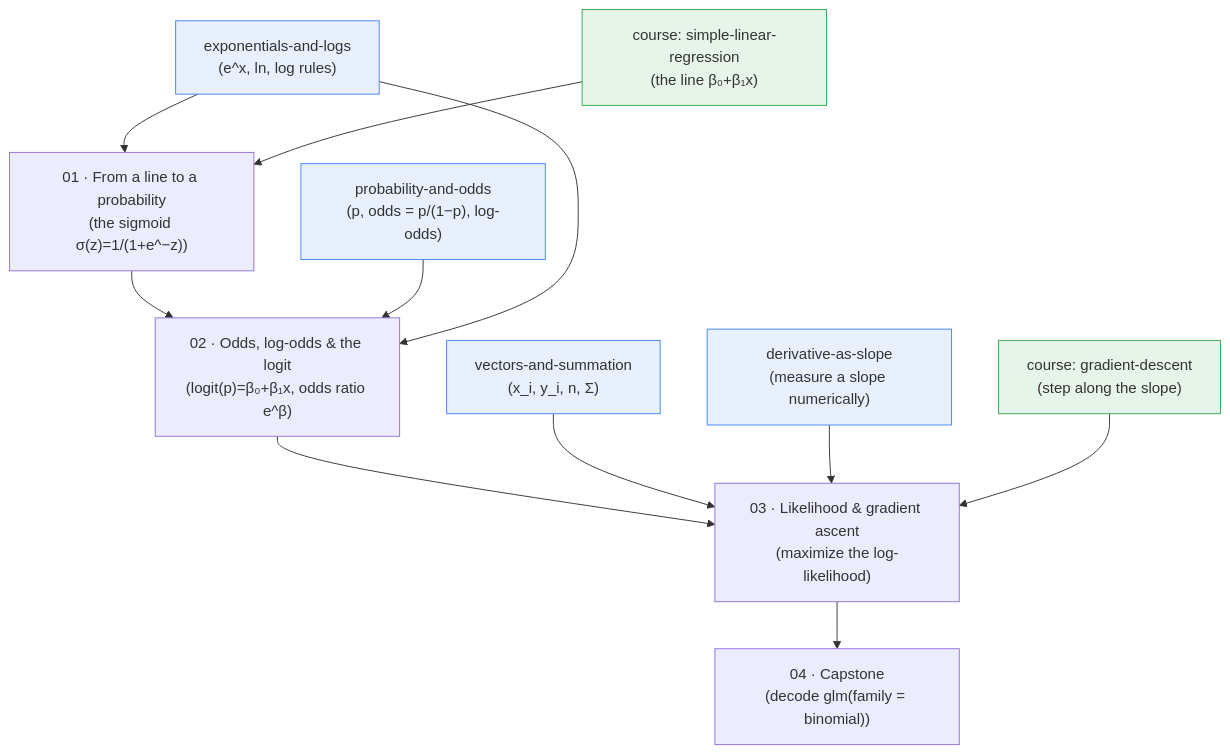
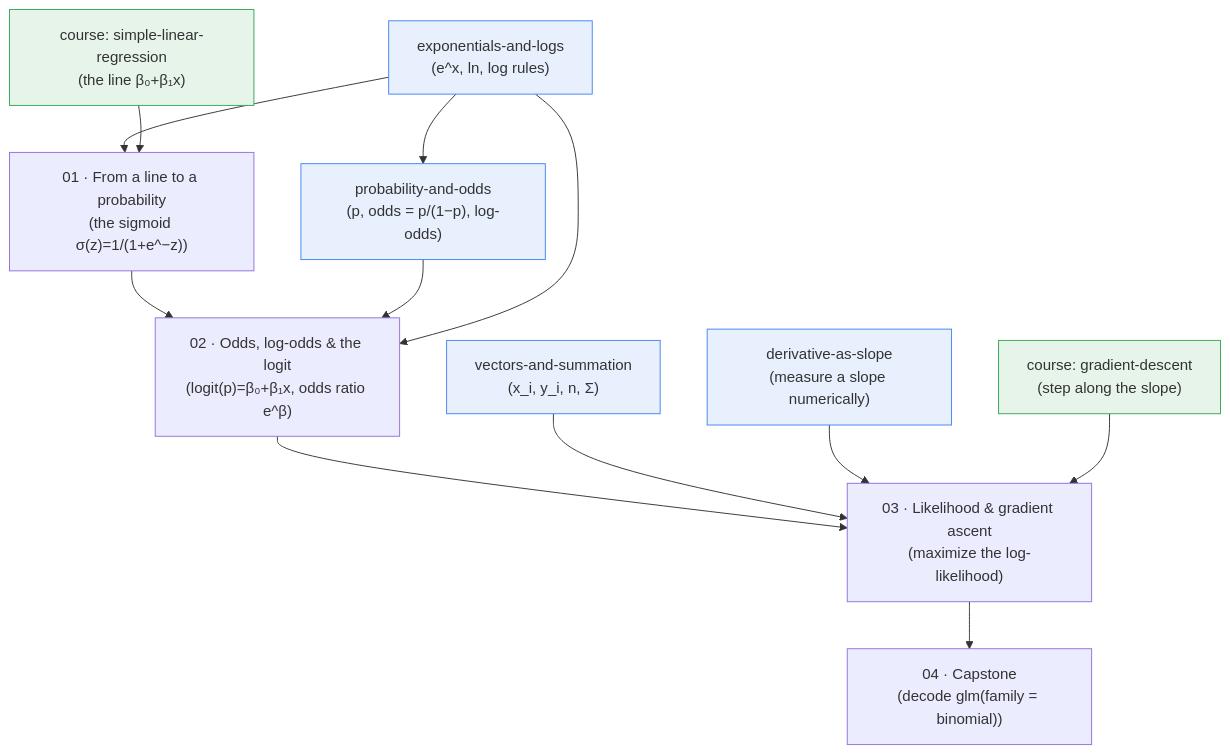
One commit to radlinsky/professor-claude changed the diagram in courses/logistic-regression/00-roadmap.qmd. Above: the diagram before and after it, drawn with Mermaid. The commit also changed other lines of this file and 83 other files, not shown here.

````diff
--- a/courses/logistic-regression/00-roadmap.qmd
+++ b/courses/logistic-regression/00-roadmap.qmd
@@ -16,29 +20,30 @@
 ```{mermaid}
 flowchart TD
     classDef foundation fill:#e8f0fe,stroke:#4285f4
     classDef priorcourse fill:#e6f4ea,stroke:#34a853
 
     F1["exponentials-and-logs<br/>(e^x, ln, log rules)"]:::foundation
     F2["probability-and-odds<br/>(p, odds = p/(1−p), log-odds)"]:::foundation
     F3["vectors-and-summation<br/>(x_i, y_i, n, Σ)"]:::foundation
     F4["derivative-as-slope<br/>(measure a slope numerically)"]:::foundation
 
     C1["course: simple-linear-regression<br/>(the line β₀+β₁x)"]:::priorcourse
     C2["course: gradient-descent<br/>(step along the slope)"]:::priorcourse
 
     M1["01 · From a line to a probability<br/>(the sigmoid σ(z)=1/(1+e^−z))"]
     M2["02 · Odds, log-odds & the logit<br/>(logit(p)=β₀+β₁x, odds ratio e^β)"]
     M3["03 · Likelihood & gradient ascent<br/>(maximize the log-likelihood)"]
     M4["04 · Capstone<br/>(decode glm(family = binomial))"]
 
+    F1 --> F2
     F1 --> M1
     C1 --> M1
     M1 --> M2
     F2 --> M2
     F1 --> M2
     M2 --> M3
     F3 --> M3
     F4 --> M3
     C2 --> M3
     M3 --> M4
 ```
````
